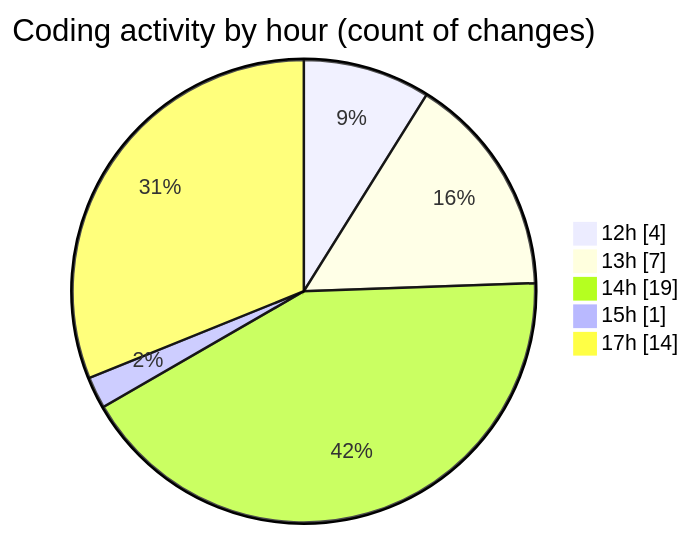
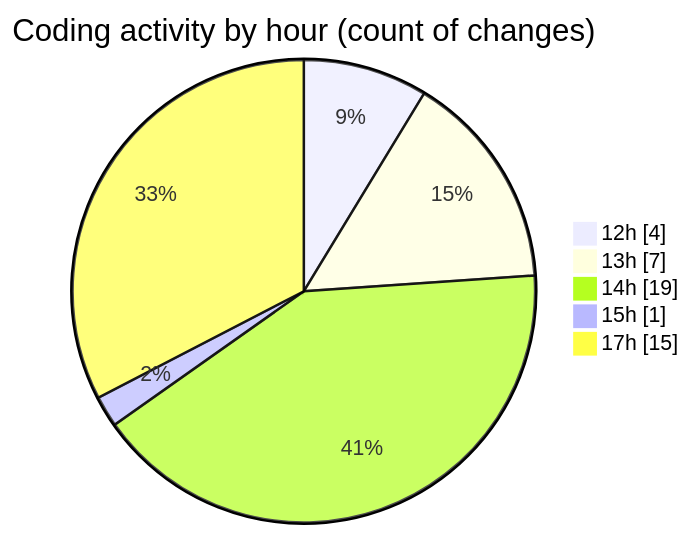
Before and after one commit to MatusMokan/code-tracking: the second of 2 diagrams in 2025-10-25/untitled__workspace_/README.md, drawn with Mermaid. The commit also changed other lines of this file and 1 other file, not shown here.

````diff
--- a/2025-10-25/untitled__workspace_/README.md
+++ b/2025-10-25/untitled__workspace_/README.md
@@ -30,9 +30,9 @@
 ```mermaid
 pie showData
 title Coding activity by hour (count of changes)
 "12h" : 4
 "13h" : 7
 "14h" : 19
 "15h" : 1
-"17h" : 14
+"17h" : 15
 ```
````
